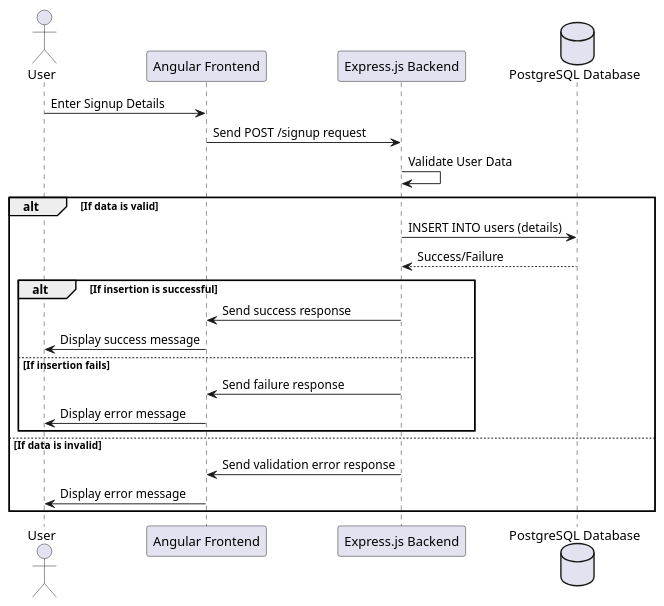
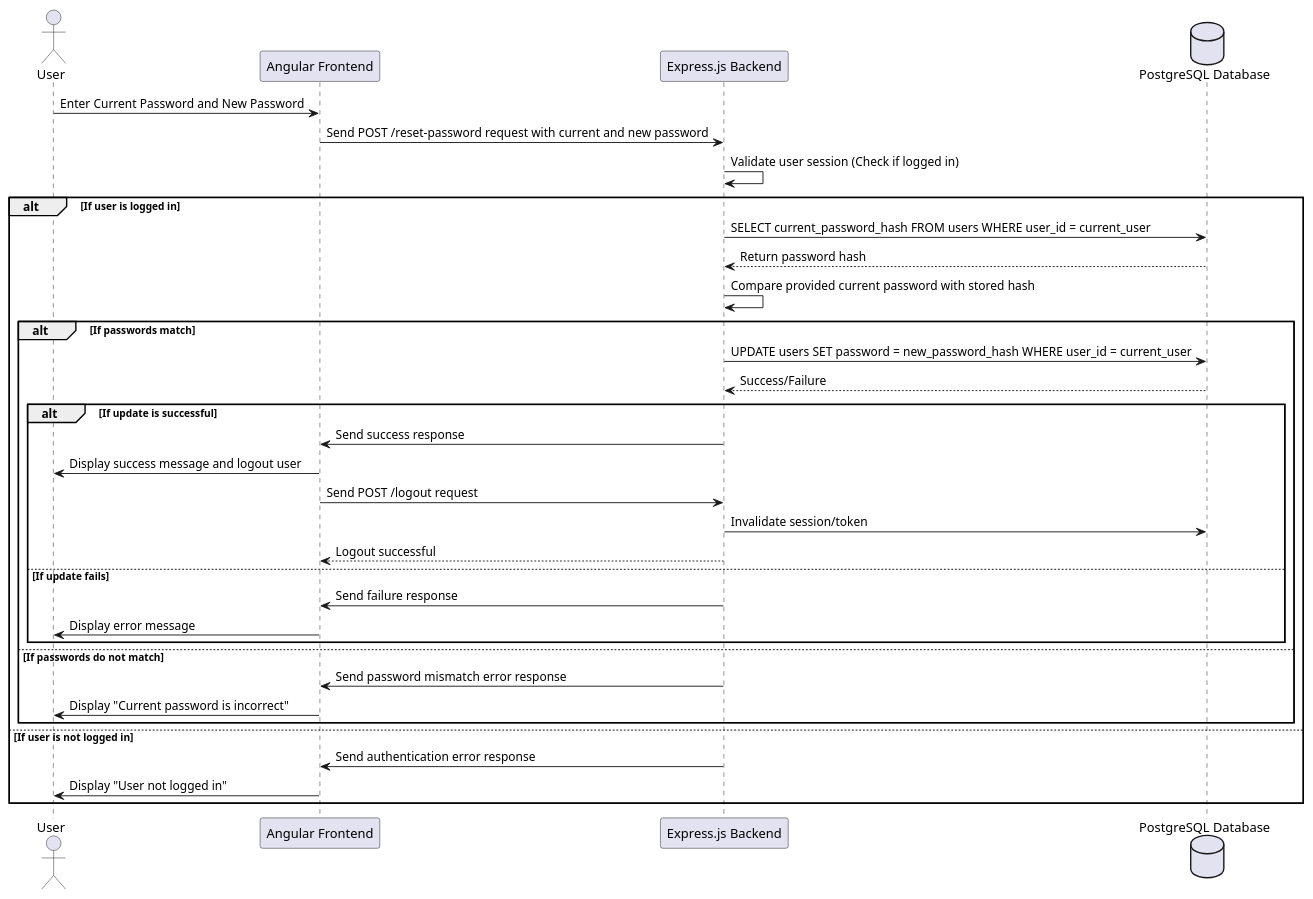
One commit to malakasandakalw/designer-digest-angular-frontend changed the diagram in sequence_diagram.puml. Above: the diagram before and after it, drawn with PlantUML. The commit also changed 27 other files, not shown here.

```diff
--- a/sequence_diagram.puml
+++ b/sequence_diagram.puml
@@ -1,26 +1,37 @@
 @startuml
 
 actor User
 participant "Angular Frontend" as FE
 participant "Express.js Backend" as BE
 database "PostgreSQL Database" as DB
 
-User -> FE: Enter Signup Details
-FE -> BE: Send POST /signup request
-BE -> BE: Validate User Data
-alt If data is valid
-    BE -> DB: INSERT INTO users (details)
-    DB --> BE: Success/Failure
-    alt If insertion is successful
-        BE -> FE: Send success response
-        FE -> User: Display success message
-    else If insertion fails
-        BE -> FE: Send failure response
-        FE -> User: Display error message
+User -> FE: Enter Current Password and New Password
+FE -> BE: Send POST /reset-password request with current and new password
+BE -> BE: Validate user session (Check if logged in)
+alt If user is logged in
+    BE -> DB: SELECT current_password_hash FROM users WHERE user_id = current_user
+    DB --> BE: Return password hash
+    BE -> BE: Compare provided current password with stored hash
+    alt If passwords match
+        BE -> DB: UPDATE users SET password = new_password_hash WHERE user_id = current_user
+        DB --> BE: Success/Failure
+        alt If update is successful
+            BE -> FE: Send success response
+            FE -> User: Display success message and logout user
+            FE -> BE: Send POST /logout request
+            BE -> DB: Invalidate session/token
+            BE --> FE: Logout successful
+        else If update fails
+            BE -> FE: Send failure response
+            FE -> User: Display error message
+        end
+    else If passwords do not match
+        BE -> FE: Send password mismatch error response
+        FE -> User: Display "Current password is incorrect"
     end
-else If data is invalid
-    BE -> FE: Send validation error response
-    FE -> User: Display error message
+else If user is not logged in
+    BE -> FE: Send authentication error response
+    FE -> User: Display "User not logged in"
 end
 
 @enduml
```
